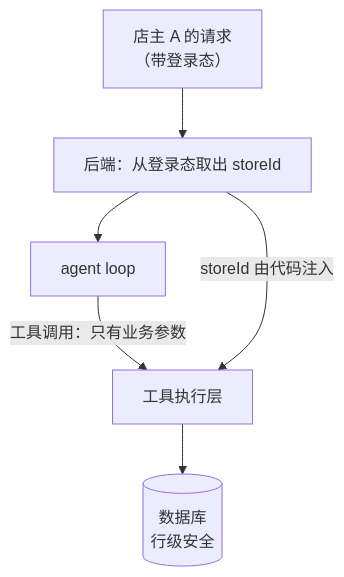
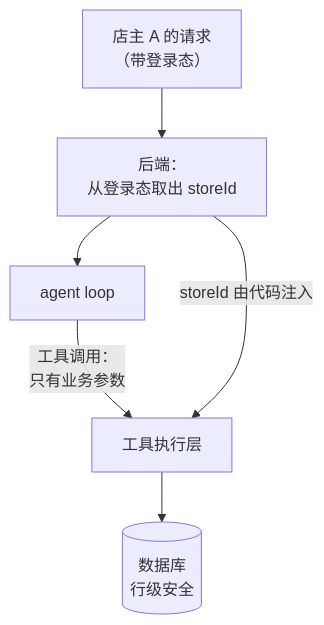
The second of 2 diagrams in books/agent-safety/04-permission-boundaries.md (jarvis-pro/hatch-shelf), drawn with Mermaid before and after one commit. The commit also changed other lines of this file and 432 other files, not shown here.

````diff
--- a/books/agent-safety/04-permission-boundaries.md
+++ b/books/agent-safety/04-permission-boundaries.md
@@ -183,8 +183,8 @@
 ```mermaid
 flowchart TB
-  U["店主 A 的请求<br/>（带登录态）"] --> S["后端：从登录态取出 storeId"]
+  U["店主 A 的请求<br/>（带登录态）"] --> S["后端：<br/>从登录态取出 storeId"]
   S --> L["agent loop"]
-  L -->|"工具调用：只有业务参数"| T["工具执行层"]
+  L -->|"工具调用：<br/>只有业务参数"| T["工具执行层"]
   S -->|"storeId 由代码注入"| T
   T --> D[("数据库<br/>行级安全")]
 ```
````
